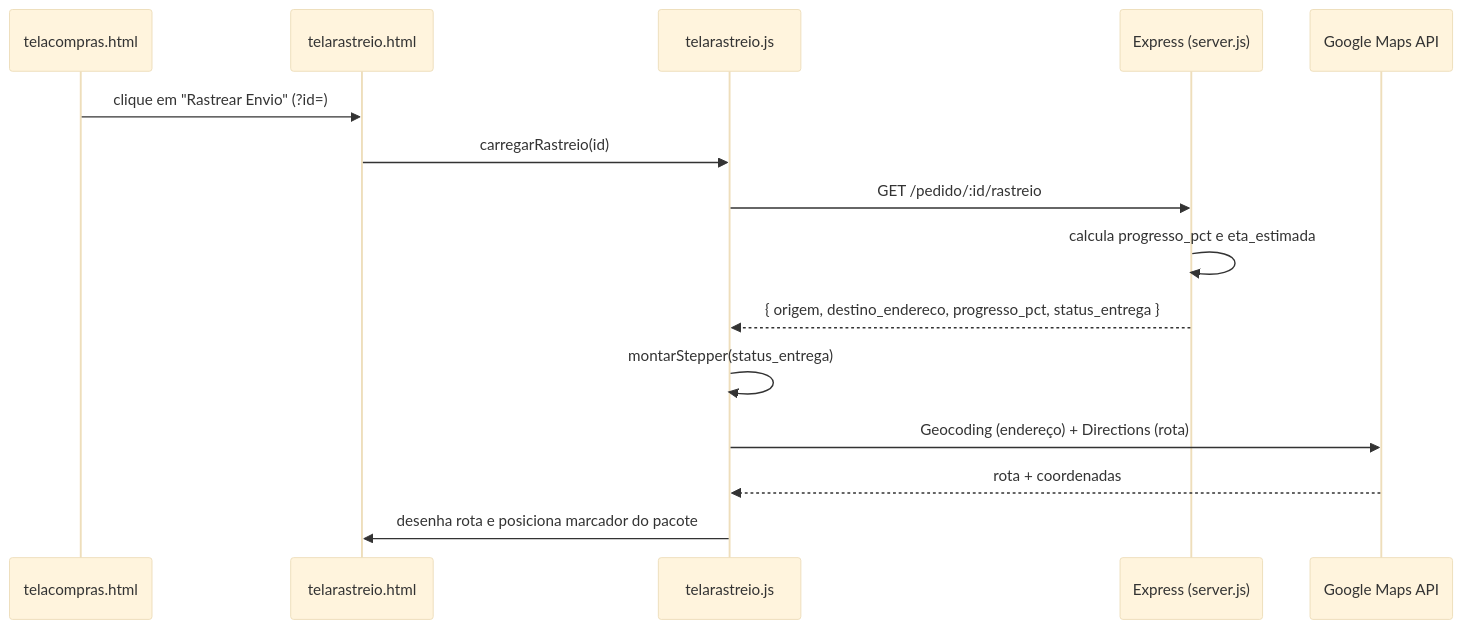
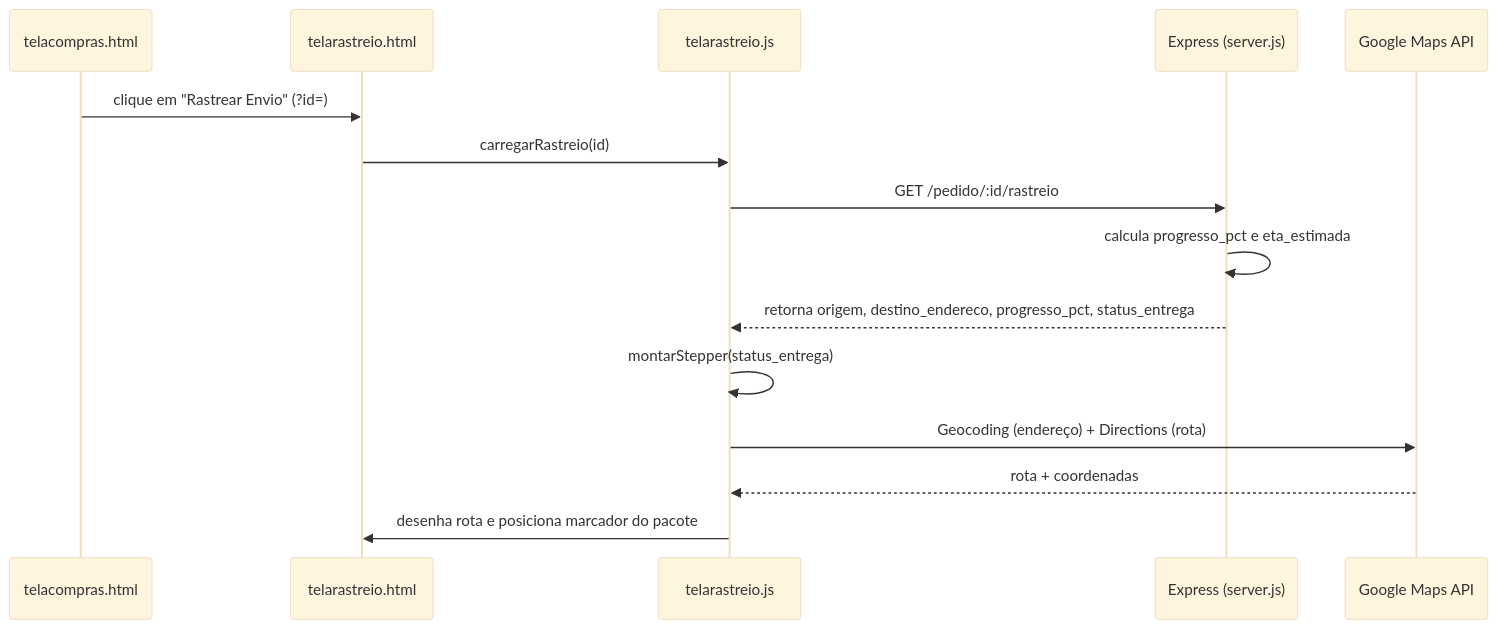
One commit to Muzgeist/nexus_site changed the seventh of 7 diagrams in readme.md. Above: the diagram before and after it, drawn with Mermaid (base theme). The commit also changed other lines of this file and 1 other file, not shown here.

````diff
--- a/readme.md
+++ b/readme.md
@@ -271,18 +282,18 @@
 ```mermaid
 sequenceDiagram
     participant Pedidos as telacompras.html
     participant UI as telarastreio.html
     participant JS as telarastreio.js
     participant API as Express (server.js)
     participant Maps as Google Maps API
 
     Pedidos ->> UI: clique em "Rastrear Envio" (?id=)
     UI ->> JS: carregarRastreio(id)
     JS ->> API: GET /pedido/:id/rastreio
     API ->> API: calcula progresso_pct e eta_estimada
-    API -->> JS: { origem, destino_endereco, progresso_pct, status_entrega }
+    API -->> JS: retorna origem, destino_endereco, progresso_pct, status_entrega
     JS ->> JS: montarStepper(status_entrega)
     JS ->> Maps: Geocoding (endereço) + Directions (rota)
     Maps -->> JS: rota + coordenadas
     JS ->> UI: desenha rota e posiciona marcador do pacote
 ```
````
